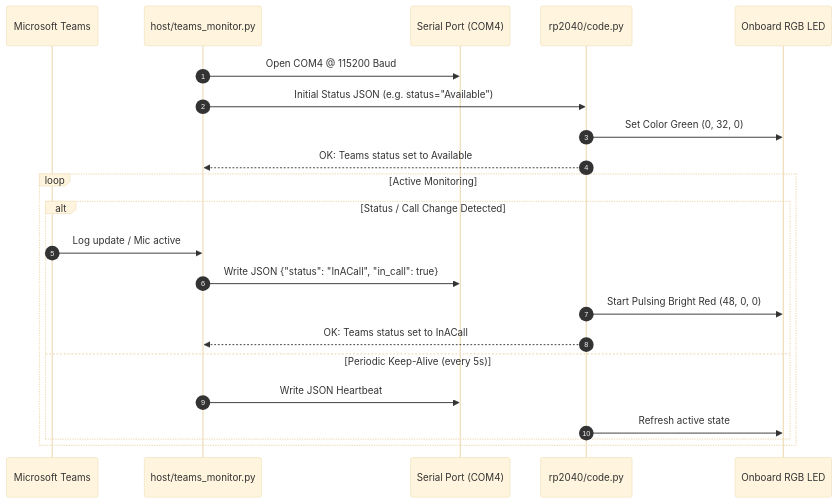
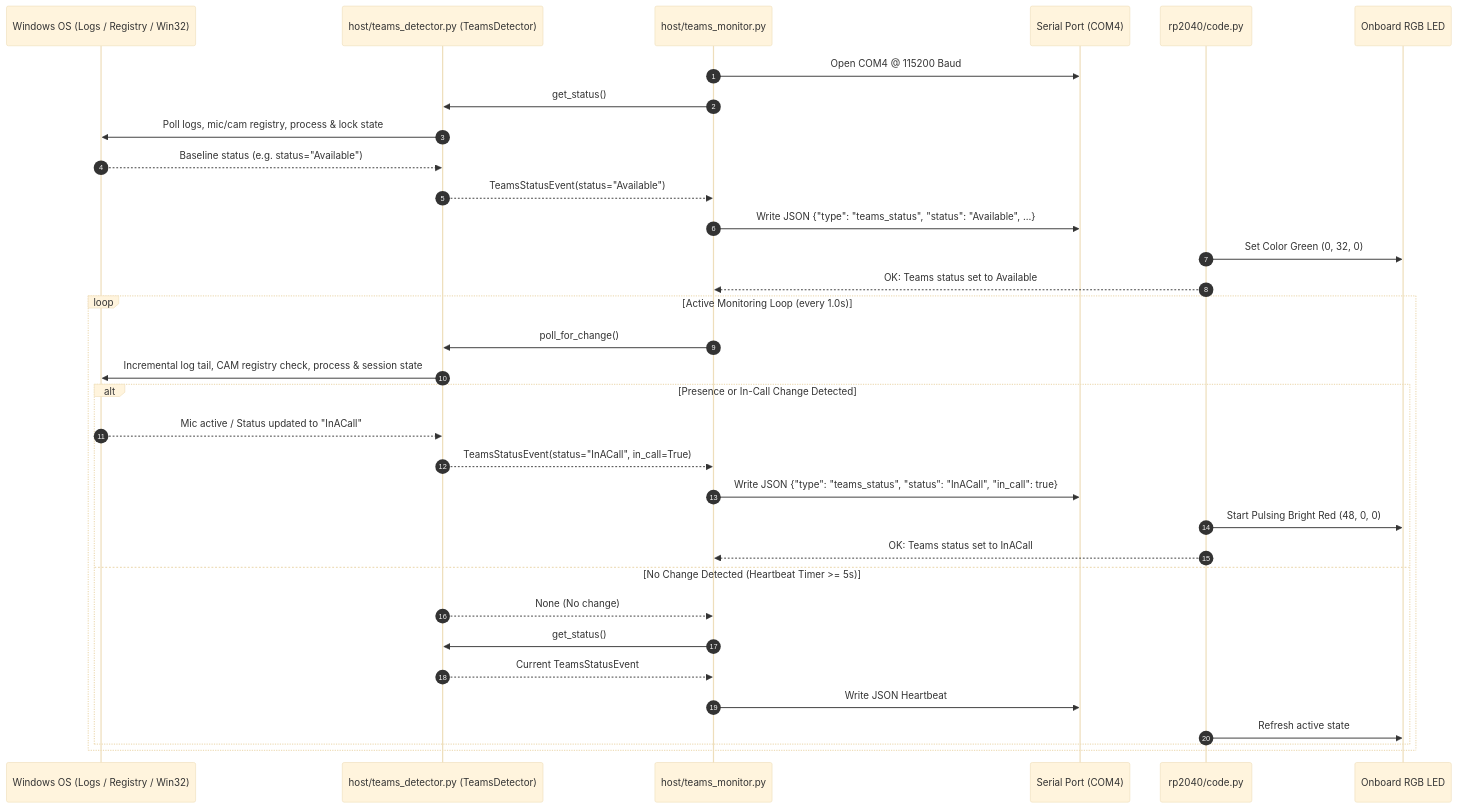
Before and after one commit to robobo27/TeamsStatus: the second of 3 diagrams in README.md, drawn with Mermaid (base theme). The commit also changed other lines of this file and 8 other files, not shown here.

Commit message:
Add detailed docstrings, inline comments, and updated architecture diagrams

````diff
--- a/README.md
+++ b/README.md
@@ -162,26 +176,37 @@
 ```mermaid
 sequenceDiagram
     autonumber
-    participant Teams as Microsoft Teams
+    participant OS as Windows OS (Logs / Registry / Win32)
+    participant Detector as host/teams_detector.py (TeamsDetector)
     participant Monitor as host/teams_monitor.py
     participant Serial as Serial Port (COM4)
     participant RP2040 as rp2040/code.py
     participant LED as Onboard RGB LED
 
     Monitor->>Serial: Open COM4 @ 115200 Baud
-    Monitor->>RP2040: Initial Status JSON (e.g. status="Available")
+    Monitor->>Detector: get_status()
+    Detector->>OS: Poll logs, mic/cam registry, process & lock state
+    OS-->>Detector: Baseline status (e.g. status="Available")
+    Detector-->>Monitor: TeamsStatusEvent(status="Available")
+    Monitor->>Serial: Write JSON {"type": "teams_status", "status": "Available", ...}
     RP2040->>LED: Set Color Green (0, 32, 0)
     RP2040-->>Monitor: OK: Teams status set to Available
 
-    loop Active Monitoring
-        alt Status / Call Change Detected
-            Teams->>Monitor: Log update / Mic active
-            Monitor->>Serial: Write JSON {"status": "InACall", "in_call": true}
+    loop Active Monitoring Loop (every 1.0s)
+        Monitor->>Detector: poll_for_change()
+        Detector->>OS: Incremental log tail, CAM registry check, process & session state
+        alt Presence or In-Call Change Detected
+            OS-->>Detector: Mic active / Status updated to "InACall"
+            Detector-->>Monitor: TeamsStatusEvent(status="InACall", in_call=True)
+            Monitor->>Serial: Write JSON {"type": "teams_status", "status": "InACall", "in_call": true}
             RP2040->>LED: Start Pulsing Bright Red (48, 0, 0)
             RP2040-->>Monitor: OK: Teams status set to InACall
-        else Periodic Keep-Alive (every 5s)
+        else No Change Detected (Heartbeat Timer >= 5s)
+            Detector-->>Monitor: None (No change)
+            Monitor->>Detector: get_status()
+            Detector-->>Monitor: Current TeamsStatusEvent
             Monitor->>Serial: Write JSON Heartbeat
             RP2040->>LED: Refresh active state
         end
     end
 ```
````
